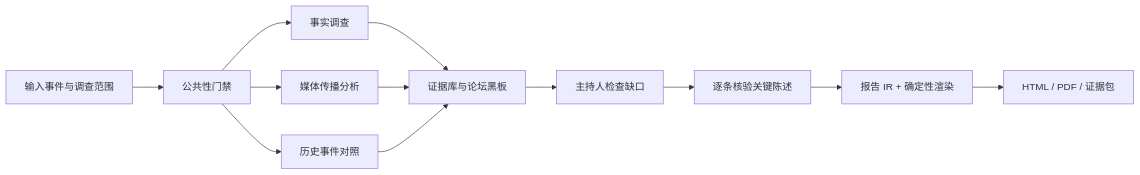
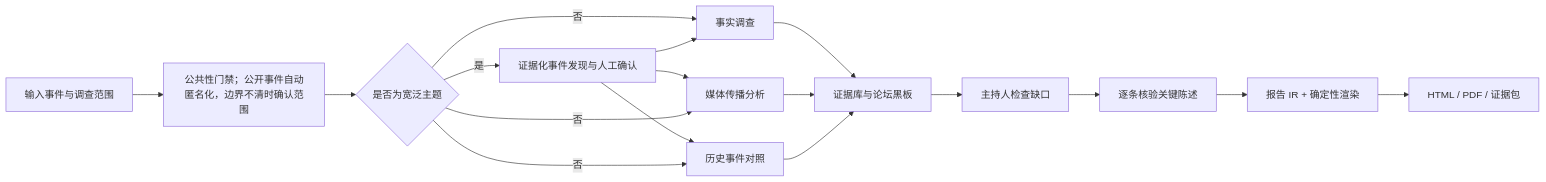
Before and after one commit to re-gion/Su-Heng: the diagram in README.md, drawn with Mermaid. The commit also changed other lines of this file and 151 other files, not shown here.

````diff
--- a/README.md
+++ b/README.md
@@ -21,14 +33,19 @@
 ```mermaid
 flowchart LR
-    A[输入事件与调查范围] --> B[公共性门禁]
-    B --> C[事实调查]
-    B --> D[媒体传播分析]
-    B --> E[历史事件对照]
+    A[输入事件与调查范围] --> B[公共性门禁；公开事件自动匿名化，边界不清时确认范围]
+    B --> T{是否为宽泛主题}
+    T -->|是| S[证据化事件发现与人工确认]
+    T -->|否| C[事实调查]
+    S --> C
+    S --> D[媒体传播分析]
+    S --> E[历史事件对照]
+    T -->|否| D
+    T -->|否| E
     C --> F[证据库与论坛黑板]
     D --> F
     E --> F
     F --> G[主持人检查缺口]
     G --> H[逐条核验关键陈述]
     H --> I[报告 IR + 确定性渲染]
     I --> J[HTML / PDF / 证据包]
 ```
````
